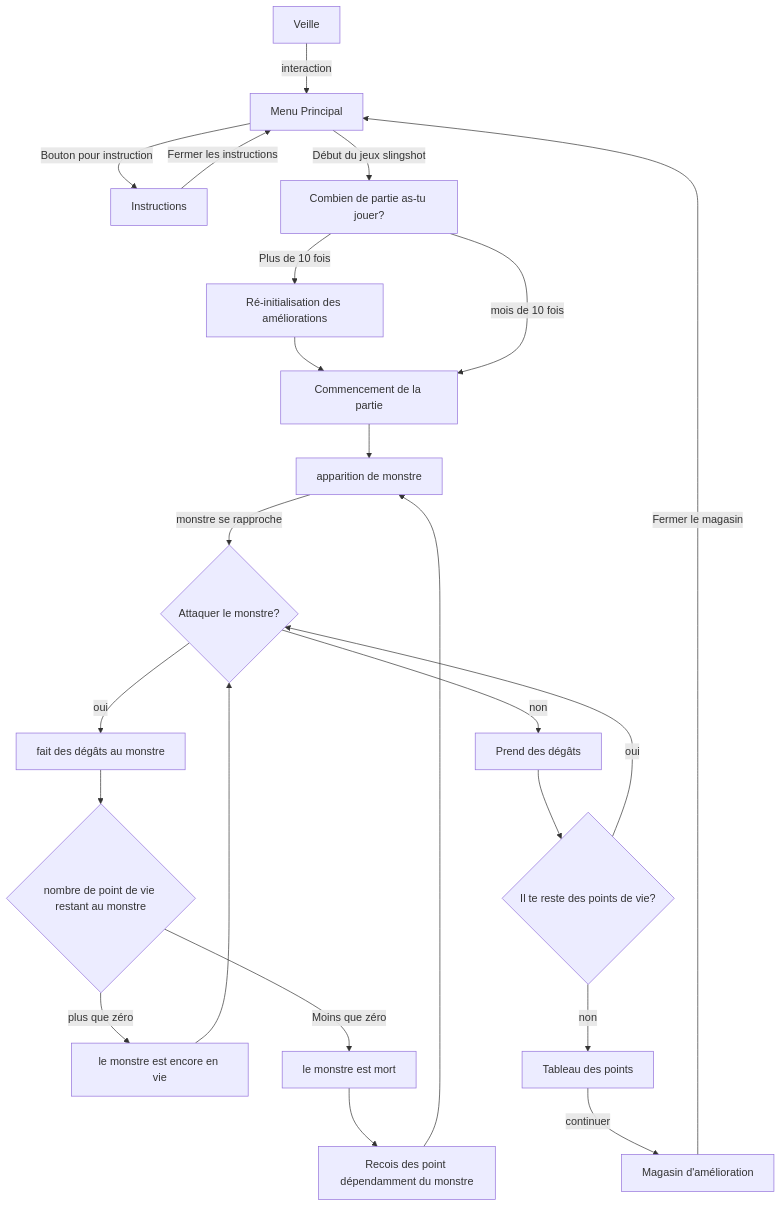
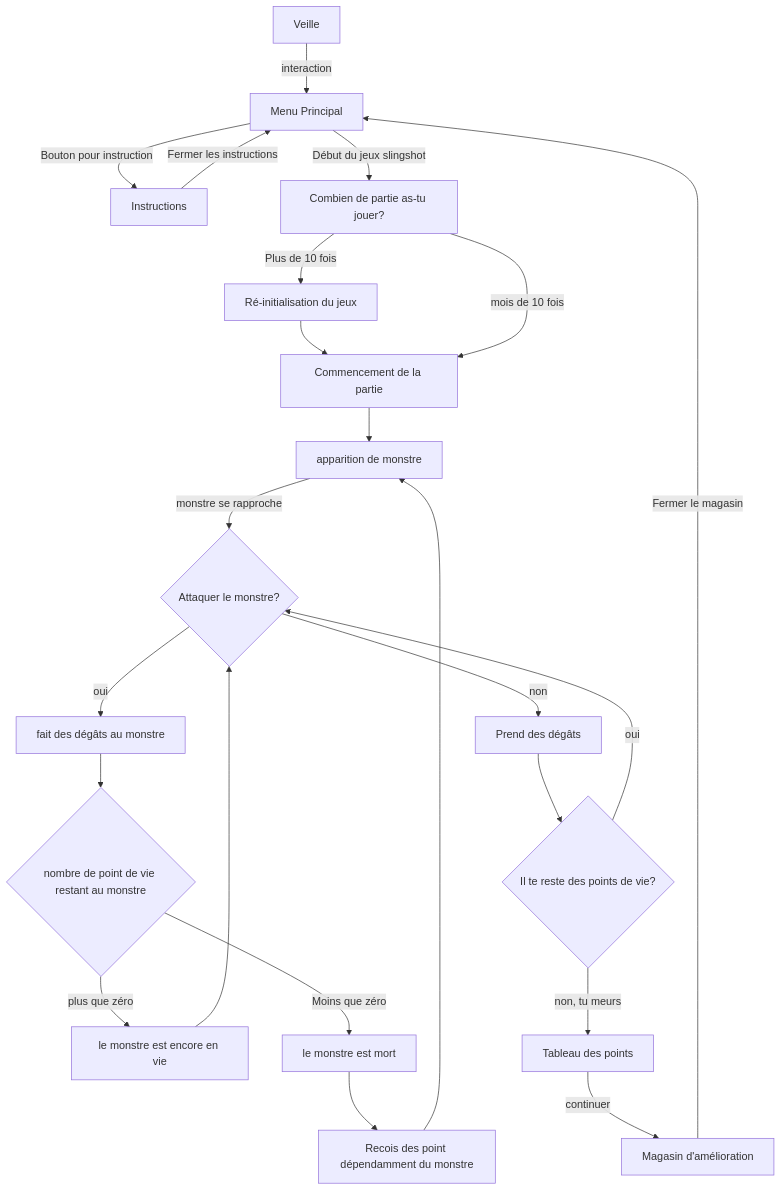
One commit to sideking/Game-of-FUN changed the diagram in README.md. Above: the diagram before and after it, drawn with Mermaid.

````diff
--- a/README.md
+++ b/README.md
@@ -1,32 +1,32 @@
 ```mermaid
 	flowchart TD
 	Veille[Veille] --> |interaction| MainMenu[Menu Principal]
 	MainMenu --> |Bouton pour instruction| Instructions[Instructions]
 	Instructions --> |Fermer les instructions| MainMenu
 	MainMenu --> |Début du jeux slingshot| GameCounter[Combien de partie as-tu jouer?]
-	GameCounter --> |Plus de 10 fois| ResetGame[Ré-initialisation des améliorations]
+	GameCounter --> |Plus de 10 fois| ResetGame[Ré-initialisation du jeux]
 	ResetGame --> DébutJeux
 	GameCounter --> |mois de 10 fois| DébutJeux[Commencement de la partie]
 
 	DébutJeux --> SpawnMonster[apparition de monstre]
 	SpawnMonster --> |monstre se rapproche| AttackMonster{Attaquer le monstre?}
 
 	AttackMonster --> |oui| DamageMonster[fait des dégâts au monstre]
 	DamageMonster --> MonsterHP{nombre de point de vie restant au monstre}
 	MonsterHP --> |plus que zéro| MonsterAlive[le monstre est encore en vie]
 	MonsterHP --> |Moins que zéro| MonsterDead[le monstre est mort]
 	MonsterAlive --> AttackMonster
 	MonsterDead --> GetPoint[Recois des point dépendamment du monstre]
 	GetPoint --> SpawnMonster
 	
 
 	AttackMonster --> |non| TakeDamage[Prend des dégâts]
 	TakeDamage --> HPStatus{Il te reste des points de vie?}
 	HPStatus --> |oui| AttackMonster
-	HPStatus --> |non| ScoreBoard[Tableau des points]
+	HPStatus --> |non, tu meurs| ScoreBoard[Tableau des points]
 
 	ScoreBoard --> |continuer| RogueLikeShop[Magasin d'amélioration]
 	RogueLikeShop --> |Fermer le magasin| MainMenu
 
 	
 ```
````
